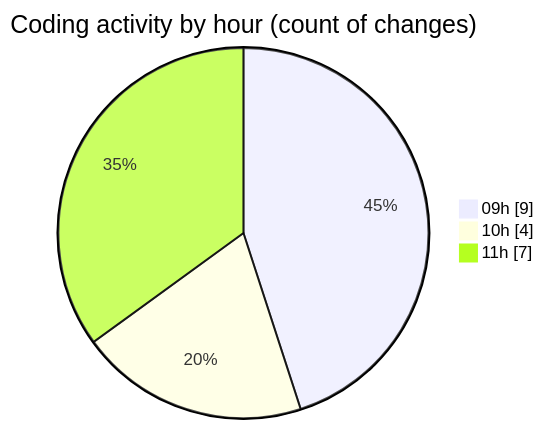
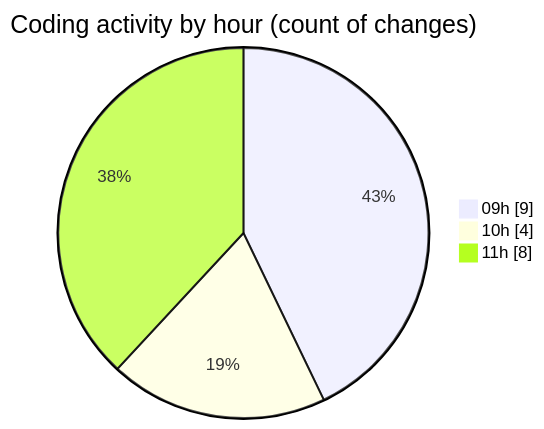
Before and after one commit to momahboobian/code-tracking: the second of 2 diagrams in 2026-01-09/cda/README.md, drawn with Mermaid. The commit also changed other lines of this file and 1 other file, not shown here.

````diff
--- a/2026-01-09/cda/README.md
+++ b/2026-01-09/cda/README.md
@@ -32,7 +34,7 @@
 ```mermaid
 pie showData
 title Coding activity by hour (count of changes)
 "09h" : 9
 "10h" : 4
-"11h" : 7
+"11h" : 8
 ```
````
